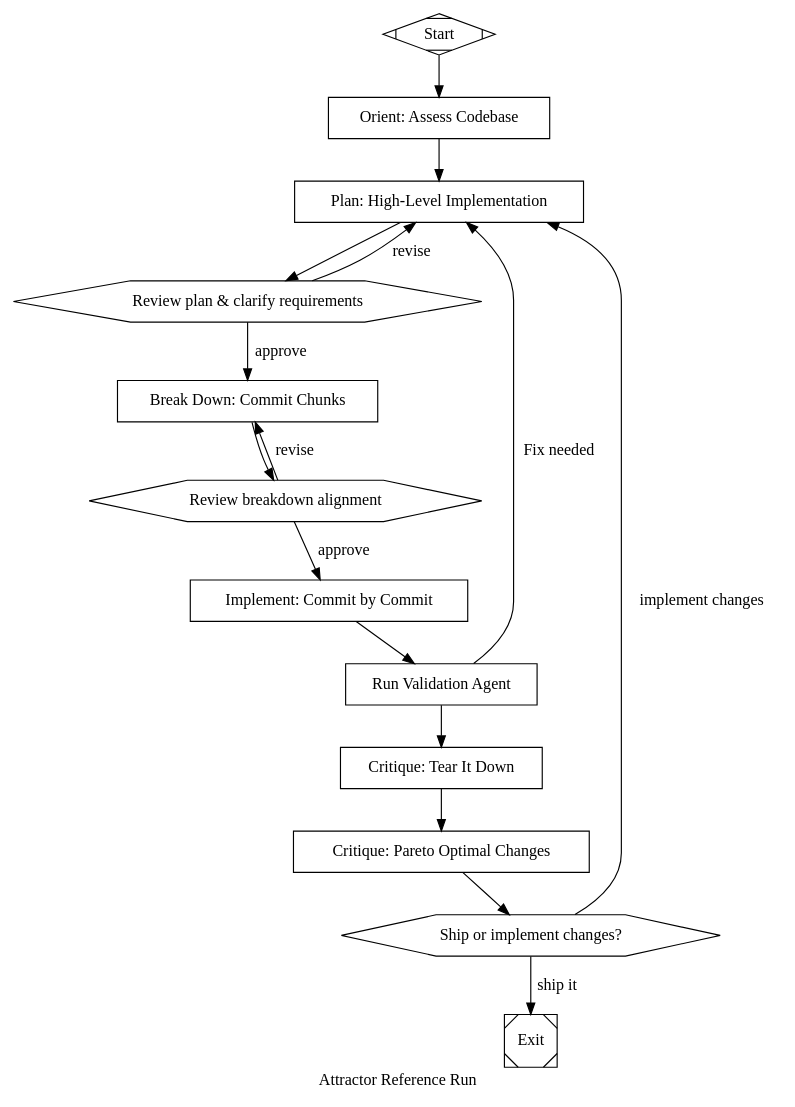
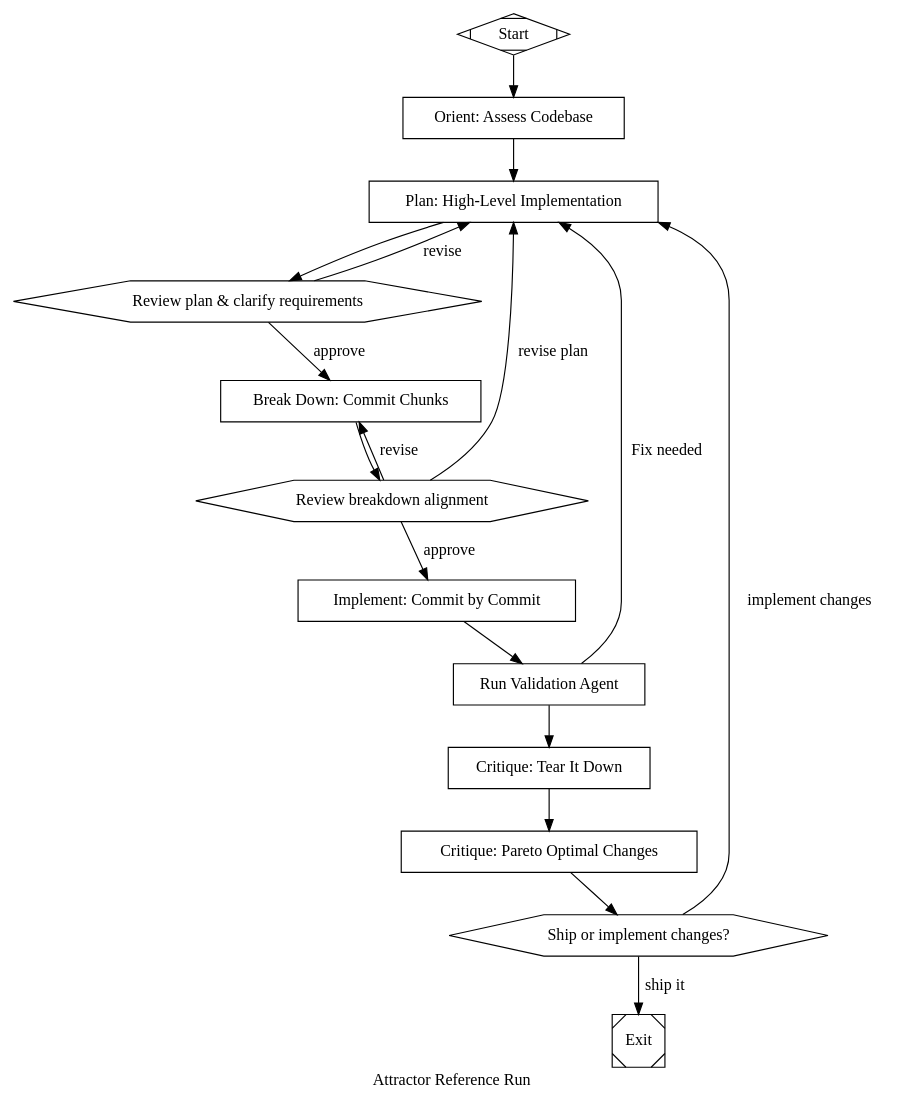
Before and after one commit to johnnyhchen/soulcaster: the diagram in dotfiles/reference-run.dot, drawn with Graphviz. The commit also changed 2 other files, not shown here.

Commit message:
Update reference dotfile with gate steering, per-suite testing, and revise-plan edge
Reference dotfile fixes:
- Plan and breakdown nodes read gate answer.json for human steering text
- Breakdown QA plans prefer targeted per-suite tests over full suite
- Implement node: DONE = build + relevant tests pass; full suite crash
  is not a failure — do not revert commits for signal 10 / resource exhaustion
- Add review_breakdown -> plan edge ("revise plan") so humans can loop
  back to planning from breakdown review

Also adds codex-hello-world and dtu-teams example dotfiles.

```diff
--- a/dotfiles/reference-run.dot
+++ b/dotfiles/reference-run.dot
@@ -71,6 +71,8 @@
 - If logs/validate/VALIDATION-RUN-*.md exists, read the latest — you are replanning to fix failures identified in that run. Focus the plan on addressing those specific failures.
 - If logs/critique/CRITIQUE-PARETO-*.md exists, read the latest — incorporate MUST FIX and SHOULD FIX items.
 
+Check for human steering: read the most recent gates/*/answer.json file. If the human selected 'revise' and provided text, their steering MUST be incorporated into this plan. Treat human steering as the highest-priority input — it overrides prior plan decisions.
+
 Create a high-level implementation plan for: $goal
 
 The plan must include:
@@ -109,6 +111,8 @@
 
 If logs/implement/PROGRESS-*.md exists, read the latest. Commits marked DONE in the progress log should be EXCLUDED from this breakdown — they are already implemented. Only break down remaining work.
 
+Check for human steering: read the most recent gates/*/answer.json file. If the human selected 'revise' and provided text, incorporate their feedback into this breakdown. Their steering may request adding, removing, reordering, or modifying work items.
+
 Break the implementation into single-commit chunks. Each commit must:
 1. Be independently buildable — the project compiles after this commit
 2. Be independently testable — there is a way to verify this commit works
@@ -116,7 +120,7 @@
 4. List the exact files to create or modify
 5. Include a QA plan:
    - Build verification command
-   - Specific tests to run or write
+   - Specific tests to run — prefer targeted/per-suite test commands over running the full test suite, which may be slow or unstable
    - Manual verification steps if applicable
 
 Review the breakdown against the plan:
@@ -156,8 +160,8 @@
 For each commit in the breakdown:
 1. Read the commit description, file list, and QA plan
 2. Implement the code changes
-3. Run the QA plan from the breakdown (build, test, verify)
-4. If the QA plan fails, fix the issue before moving on
+3. Run the QA plan from the breakdown (build, test, verify). Prefer targeted/per-suite test commands over running the full test suite — full suite runs may crash or timeout due to resource exhaustion without indicating a real code problem.
+4. Mark DONE if the build passes and relevant tests pass. Mark FAILED only for genuine build or test failures. If the full test suite crashes but targeted tests pass, the commit is DONE — do NOT revert it.
 5. IMMEDIATELY after each commit, append its status to the progress log
 
 IMPORTANT: For files over 100 lines, use the bash tool with a heredoc instead of write_file.
@@ -316,6 +320,7 @@
     // Phase 2: Break Down → Review
     breakdown -> review_breakdown
     review_breakdown -> breakdown [label="revise"]
+    review_breakdown -> plan      [label="revise plan"]
     review_breakdown -> implement [label="approve"]
 
     // Phase 3: Implement → Validate
```
